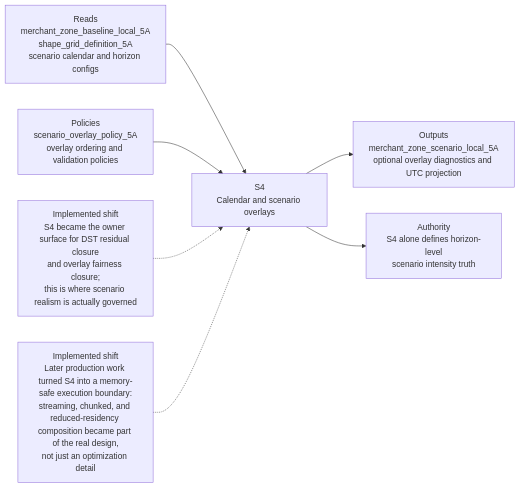
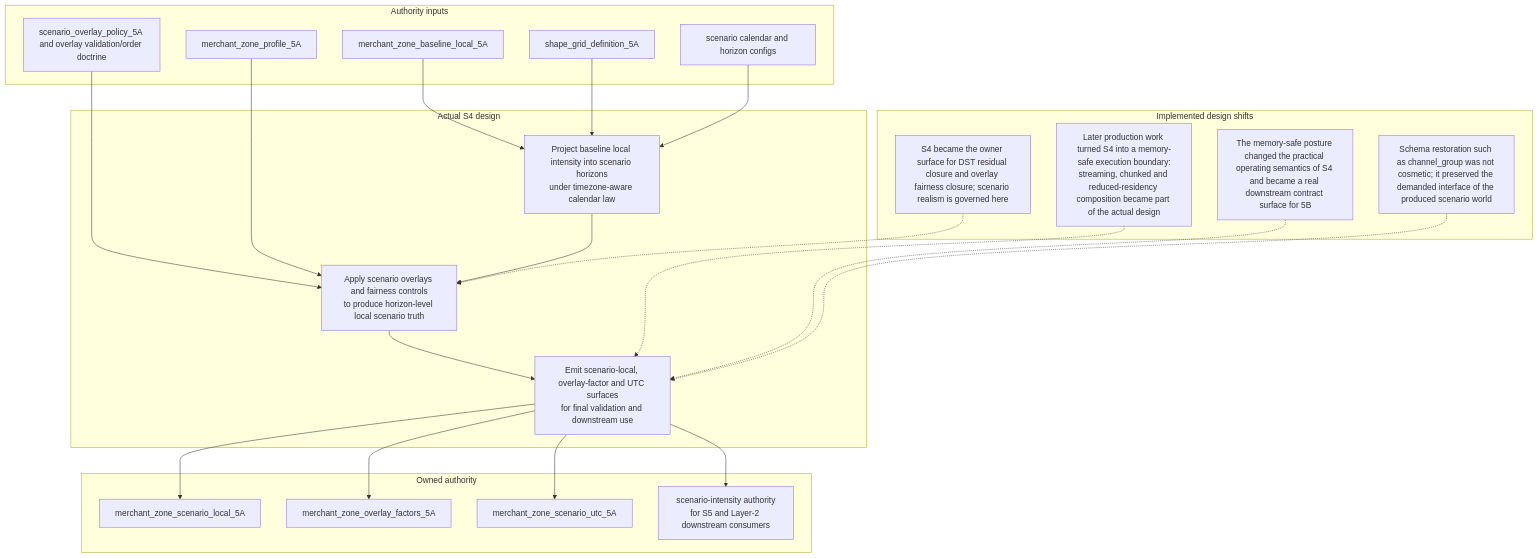
The diagram in docs/design/data-engine/layer-2/5A/5A-S4-design-flow.mmd (EsosaOrumwese/fraud-detection-system), drawn with Mermaid before and after one commit. The commit also changed 56 other files, not shown here.

First line of the commit message:
Refactor design flows for segments 3B and 5A to enhance clarity and authority structure

```diff
--- a/docs/design/data-engine/layer-2/5A/5A-S4-design-flow.mmd
+++ b/docs/design/data-engine/layer-2/5A/5A-S4-design-flow.mmd
@@ -1,18 +1,44 @@
-flowchart LR
-  I1["Reads<br/>merchant_zone_baseline_local_5A<br/>shape_grid_definition_5A<br/>scenario calendar and horizon configs"]
-  I2["Policies<br/>scenario_overlay_policy_5A<br/>overlay ordering and validation policies"]
+flowchart TD
+  subgraph inputs["Authority inputs"]
+    I1["merchant_zone_baseline_local_5A"]
+    I2["shape_grid_definition_5A"]
+    I3["scenario calendar and horizon configs"]
+    I4["scenario_overlay_policy_5A and overlay validation/order doctrine"]
+    I5["merchant_zone_profile_5A"]
+  end
 
-  S4["S4<br/>Calendar and scenario overlays"]
+  subgraph core["Actual S4 design"]
+    C1["Project baseline local intensity into scenario horizons<br/>under timezone-aware calendar law"]
+    C2["Apply scenario overlays and fairness controls<br/>to produce horizon-level local scenario truth"]
+    C3["Emit scenario-local, overlay-factor and UTC surfaces<br/>for final validation and downstream use"]
+  end
 
-  O1["Outputs<br/>merchant_zone_scenario_local_5A<br/>optional overlay diagnostics and UTC projection"]
-  O2["Authority<br/>S4 alone defines horizon-level<br/>scenario intensity truth"]
+  subgraph shifts["Implemented design shifts"]
+    S1["S4 became the owner surface for DST residual closure and overlay fairness closure; scenario realism is governed here"]
+    S2["Later production work turned S4 into a memory-safe execution boundary:<br/>streaming, chunked and reduced-residency composition became part of the actual design"]
+    S3["The memory-safe posture changed the practical operating semantics of S4 and became a real downstream contract surface for 5B"]
+    S4["Schema restoration such as channel_group was not cosmetic; it preserved the demanded interface of the produced scenario world"]
+  end
 
-  R1["Implemented shift<br/>S4 became the owner surface for DST residual closure<br/>and overlay fairness closure;<br/>this is where scenario realism is actually governed"]
-  R2["Implemented shift<br/>Later production work turned S4 into a memory-safe execution boundary:<br/>streaming, chunked, and reduced-residency composition became part of the real design,<br/>not just an optimization detail"]
+  subgraph outputs["Owned authority"]
+    O1["merchant_zone_scenario_local_5A"]
+    O2["merchant_zone_overlay_factors_5A"]
+    O3["merchant_zone_scenario_utc_5A"]
+    O4["scenario-intensity authority<br/>for S5 and Layer-2 downstream consumers"]
+  end
 
-  I1 --> S4
-  I2 --> S4
-  S4 --> O1
-  S4 --> O2
-  R1 -.-> S4
-  R2 -.-> S4
+  I1 --> C1
+  I2 --> C1
+  I3 --> C1
+  I4 --> C2
+  I5 --> C2
+  C1 --> C2 --> C3
+  C3 --> O1
+  C3 --> O2
+  C3 --> O3
+  C3 --> O4
+
+  S1 -.-> C2
+  S2 -.-> C3
+  S3 -.-> C3
+  S4 -.-> C3
```
